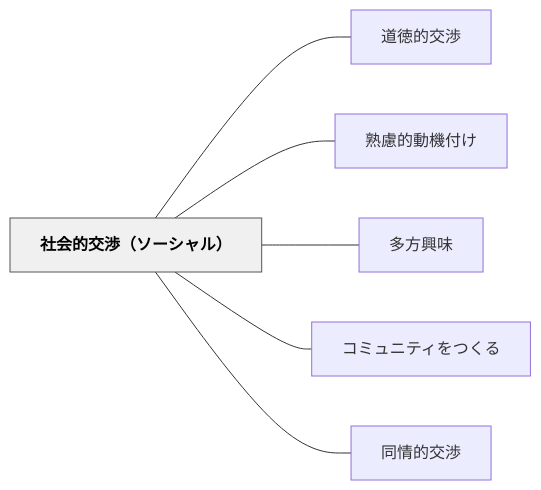
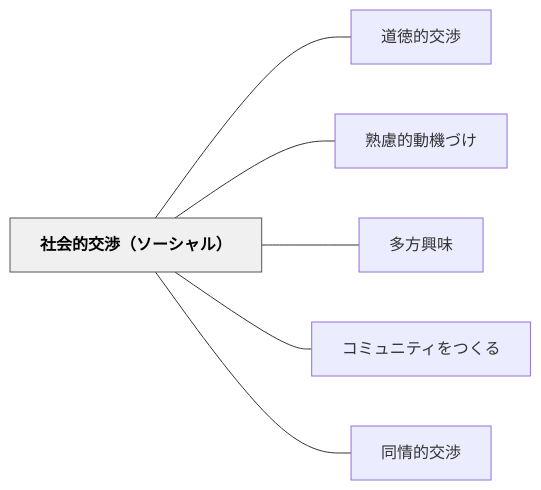
The diagram in content/パタン/社会的交渉（ソーシャル）.md (unknownthings-ed-patterns/unknownthings-ed-patterns), drawn with Mermaid before and after one commit. The commit also changed other lines of this file and 234 other files, not shown here.

````diff
--- a/content/パタン/社会的交渉（ソーシャル）.md
+++ b/content/パタン/社会的交渉（ソーシャル）.md
@@ -37,18 +37,18 @@
 ```mermaid
 flowchart LR
     ne7a4bee4bc9ae79a84e4baa4e6b889efbc88e382bde383bce382b7e383a3e383abefbc89["社会的交渉（ソーシャル）"]
     ne98193e5beb3e79a84e4baa4e6b889["道徳的交渉"]
-    ne7869fe685aee79a84e58b95e6a99fe4bb98e38191["熟慮的動機付け"]
+    ne7869fe685aee79a84e58b95e6a99fe381a5e38191["熟慮的動機づけ"]
     ne5a49ae696b9e88888e591b3["多方興味"]
     ne382b3e3839fe383a5e3838be38386e382a3e38292e381a4e3818fe3828b["コミュニティをつくる"]
     ne5908ce68385e79a84e4baa4e6b889["同情的交渉"]
 
     ne7a4bee4bc9ae79a84e4baa4e6b889efbc88e382bde383bce382b7e383a3e383abefbc89 --- ne98193e5beb3e79a84e4baa4e6b889
-    ne7a4bee4bc9ae79a84e4baa4e6b889efbc88e382bde383bce382b7e383a3e383abefbc89 --- ne7869fe685aee79a84e58b95e6a99fe4bb98e38191
+    ne7a4bee4bc9ae79a84e4baa4e6b889efbc88e382bde383bce382b7e383a3e383abefbc89 --- ne7869fe685aee79a84e58b95e6a99fe381a5e38191
     ne7a4bee4bc9ae79a84e4baa4e6b889efbc88e382bde383bce382b7e383a3e383abefbc89 --- ne5a49ae696b9e88888e591b3
     ne7a4bee4bc9ae79a84e4baa4e6b889efbc88e382bde383bce382b7e383a3e383abefbc89 --- ne382b3e3839fe383a5e3838be38386e382a3e38292e381a4e3818fe3828b
     ne7a4bee4bc9ae79a84e4baa4e6b889efbc88e382bde383bce382b7e383a3e383abefbc89 --- ne5908ce68385e79a84e4baa4e6b889
 
     classDef hub fill:#f0f0f0,stroke:#555,color:#000,font-weight:bold
     class ne7a4bee4bc9ae79a84e4baa4e6b889efbc88e382bde383bce382b7e383a3e383abefbc89 hub
 ```
````
